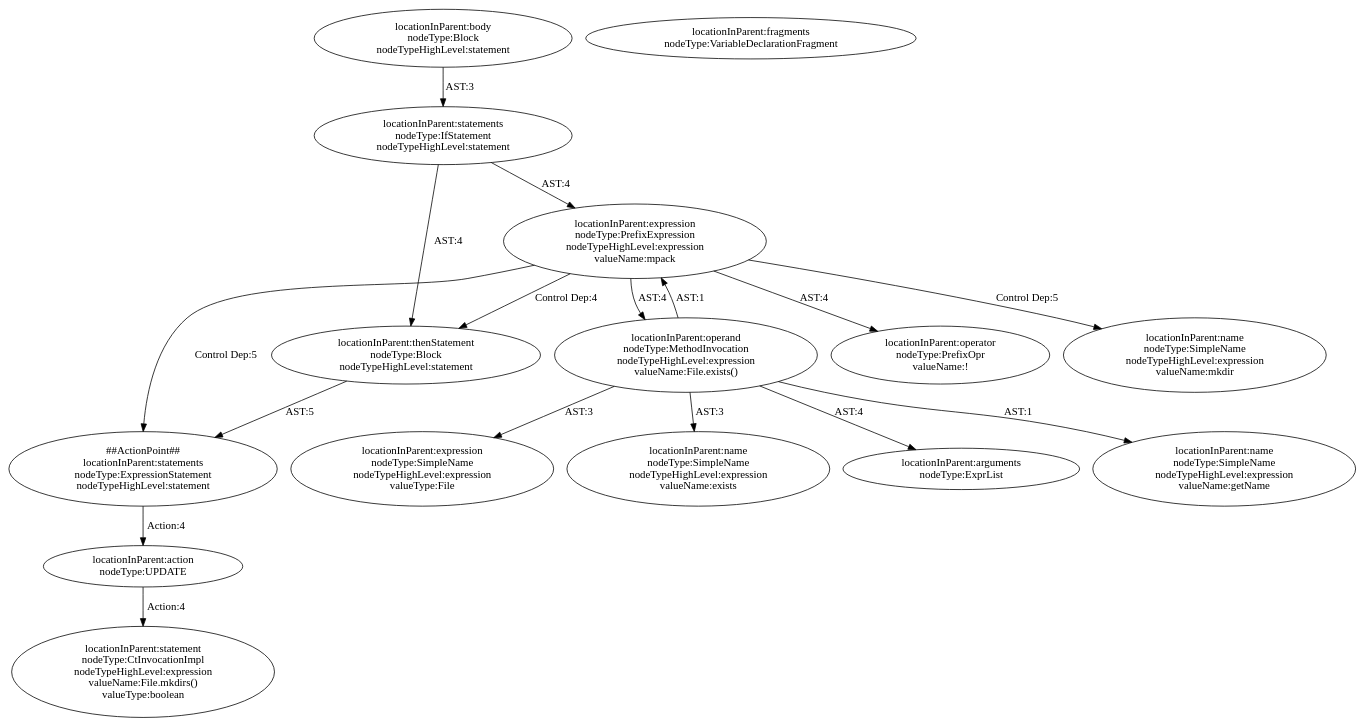
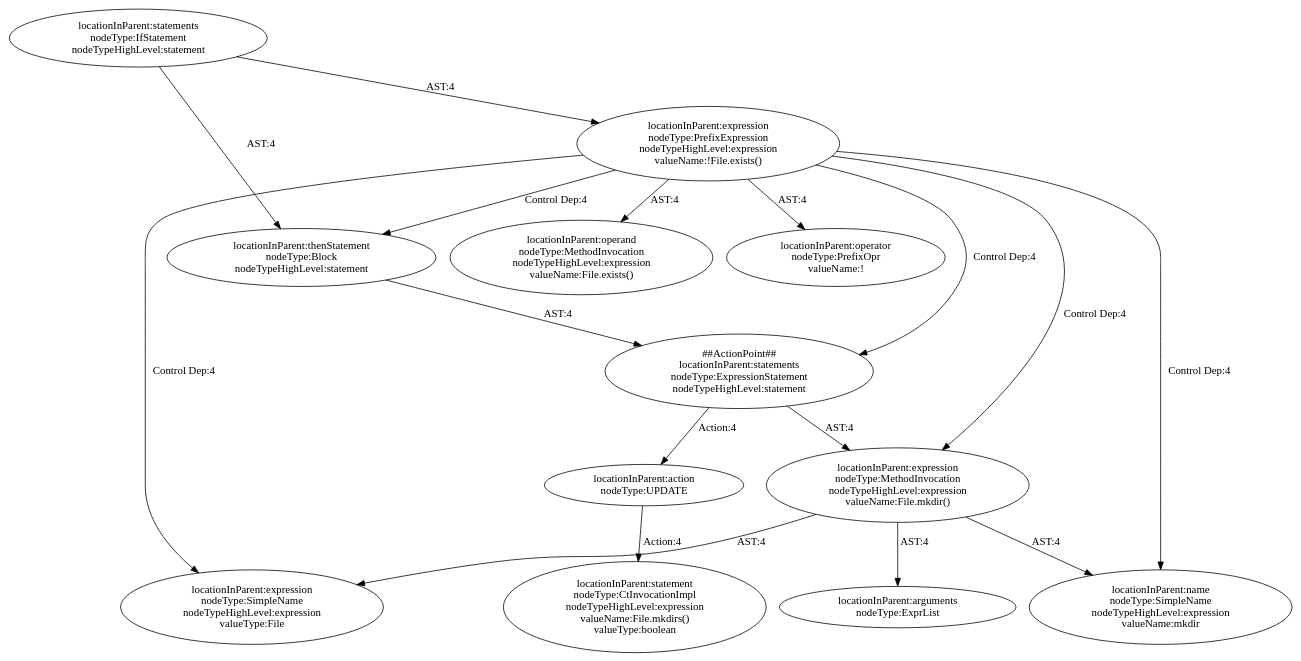
Before and after one commit to ssmingz/FixGen: the diagram in codegraph/out/pattern73-76_abstract.dot, drawn with Graphviz. The commit also changed 9 other files, not shown here.

```diff
--- a/codegraph/out/pattern73-76_abstract.dot
+++ b/codegraph/out/pattern73-76_abstract.dot
@@ -1,33 +1,30 @@
 digraph "Pattern" {
 0 [label="##ActionPoint##\nlocationInParent:statements\nnodeType:ExpressionStatement\nnodeTypeHighLevel:statement" shape=ellipse]
-1 [label="locationInParent:expression\nnodeType:PrefixExpression\nnodeTypeHighLevel:expression\nvalueName:mpack" shape=ellipse]
-2 [label="locationInParent:thenStatement\nnodeType:Block\nnodeTypeHighLevel:statement" shape=ellipse]
-3 [label="locationInParent:action\nnodeType:UPDATE" shape=ellipse]
-4 [label="locationInParent:statements\nnodeType:IfStatement\nnodeTypeHighLevel:statement" shape=ellipse]
-5 [label="locationInParent:operand\nnodeType:MethodInvocation\nnodeTypeHighLevel:expression\nvalueName:File.exists()" shape=ellipse]
-6 [label="locationInParent:operator\nnodeType:PrefixOpr\nvalueName:!" shape=ellipse]
-7 [label="locationInParent:name\nnodeType:SimpleName\nnodeTypeHighLevel:expression\nvalueName:mkdir" shape=ellipse]
-8 [label="locationInParent:body\nnodeType:Block\nnodeTypeHighLevel:statement" shape=ellipse]
-9 [label="locationInParent:expression\nnodeType:SimpleName\nnodeTypeHighLevel:expression\nvalueType:File" shape=ellipse]
-10 [label="locationInParent:name\nnodeType:SimpleName\nnodeTypeHighLevel:expression\nvalueName:exists" shape=ellipse]
-11 [label="locationInParent:arguments\nnodeType:ExprList" shape=ellipse]
-12 [label="locationInParent:statement\nnodeType:CtInvocationImpl\nnodeTypeHighLevel:expression\nvalueName:File.mkdirs()\nvalueType:boolean" shape=ellipse]
-13 [label="locationInParent:fragments\nnodeType:VariableDeclarationFragment" shape=ellipse]
-14 [label="locationInParent:name\nnodeType:SimpleName\nnodeTypeHighLevel:expression\nvalueName:getName" shape=ellipse]
-0 -> 3 [label="Action:4"];
-1 -> 0 [label="Control Dep:5"];
-1 -> 5 [label="AST:4"];
-1 -> 6 [label="AST:4"];
-1 -> 2 [label="Control Dep:4"];
-1 -> 7 [label="Control Dep:5"];
-2 -> 0 [label="AST:5"];
-3 -> 12 [label="Action:4"];
-4 -> 1 [label="AST:4"];
-4 -> 2 [label="AST:4"];
-5 -> 9 [label="AST:3"];
-5 -> 10 [label="AST:3"];
-5 -> 11 [label="AST:4"];
-5 -> 1 [label="AST:1"];
-5 -> 14 [label="AST:1"];
-8 -> 4 [label="AST:3"];
+1 [label="locationInParent:expression\nnodeType:PrefixExpression\nnodeTypeHighLevel:expression\nvalueName:!File.exists()" shape=ellipse]
+2 [label="locationInParent:statements\nnodeType:IfStatement\nnodeTypeHighLevel:statement" shape=ellipse]
+3 [label="locationInParent:operand\nnodeType:MethodInvocation\nnodeTypeHighLevel:expression\nvalueName:File.exists()" shape=ellipse]
+4 [label="locationInParent:operator\nnodeType:PrefixOpr\nvalueName:!" shape=ellipse]
+5 [label="locationInParent:thenStatement\nnodeType:Block\nnodeTypeHighLevel:statement" shape=ellipse]
+6 [label="locationInParent:expression\nnodeType:MethodInvocation\nnodeTypeHighLevel:expression\nvalueName:File.mkdir()" shape=ellipse]
+7 [label="locationInParent:expression\nnodeType:SimpleName\nnodeTypeHighLevel:expression\nvalueType:File" shape=ellipse]
+8 [label="locationInParent:name\nnodeType:SimpleName\nnodeTypeHighLevel:expression\nvalueName:mkdir" shape=ellipse]
+9 [label="locationInParent:arguments\nnodeType:ExprList" shape=ellipse]
+10 [label="locationInParent:action\nnodeType:UPDATE" shape=ellipse]
+11 [label="locationInParent:statement\nnodeType:CtInvocationImpl\nnodeTypeHighLevel:expression\nvalueName:File.mkdirs()\nvalueType:boolean" shape=ellipse]
+0 -> 6 [label="AST:4"];
+0 -> 10 [label="Action:4"];
+1 -> 0 [label="Control Dep:4"];
+1 -> 3 [label="AST:4"];
+1 -> 4 [label="AST:4"];
+1 -> 5 [label="Control Dep:4"];
+1 -> 6 [label="Control Dep:4"];
+1 -> 7 [label="Control Dep:4"];
+1 -> 8 [label="Control Dep:4"];
+2 -> 1 [label="AST:4"];
+2 -> 5 [label="AST:4"];
+5 -> 0 [label="AST:4"];
+6 -> 7 [label="AST:4"];
+6 -> 8 [label="AST:4"];
+6 -> 9 [label="AST:4"];
+10 -> 11 [label="Action:4"];
 }
```
